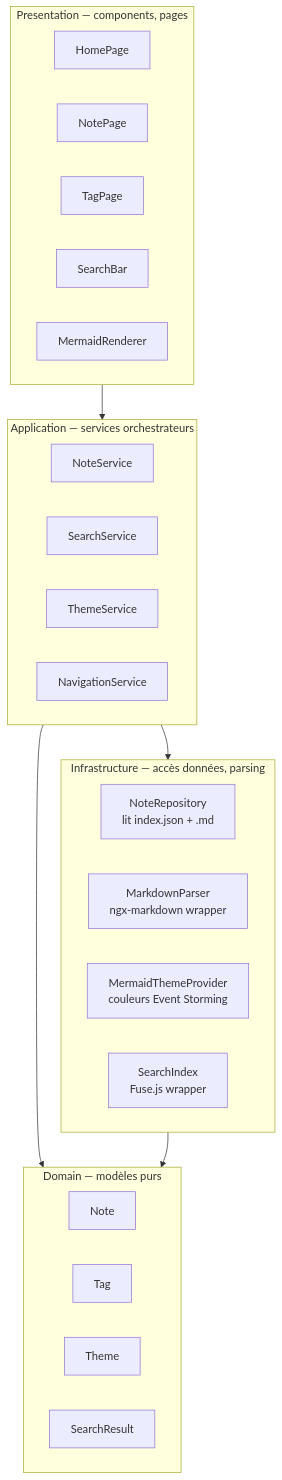
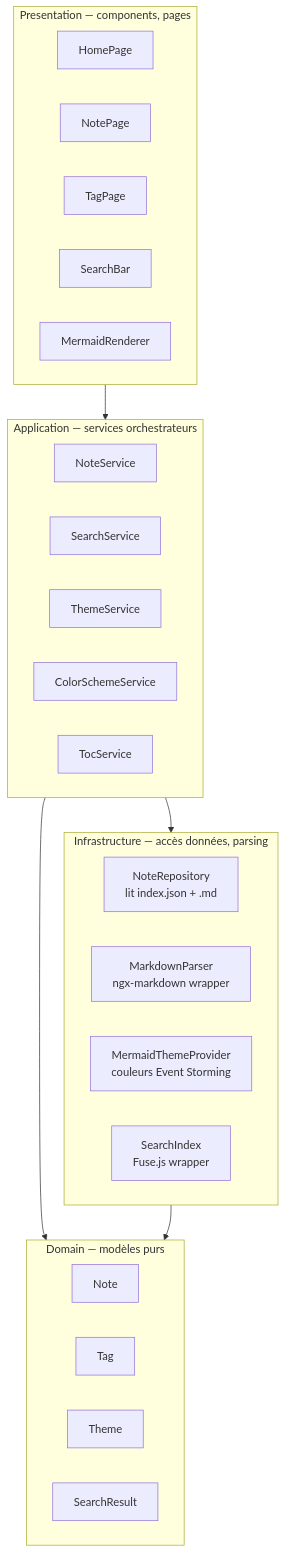
Before and after one commit to lolofx/devnotes-garden-app: the second of 4 diagrams in docs/ARCHITECTURE.md, drawn with Mermaid. The commit also changed other lines of this file and 23 other files, not shown here.

````diff
--- a/docs/ARCHITECTURE.md
+++ b/docs/ARCHITECTURE.md
@@ -40,36 +40,37 @@
 ```mermaid
 graph TB
   subgraph Presentation[Presentation — components, pages]
     P1[HomePage]
     P2[NotePage]
     P3[TagPage]
     P4[SearchBar]
     P5[MermaidRenderer]
   end
 
   subgraph Application[Application — services orchestrateurs]
     A1[NoteService]
     A2[SearchService]
     A3[ThemeService]
-    A4[NavigationService]
+    A4[ColorSchemeService]
+    A5[TocService]
   end
 
   subgraph Domain[Domain — modèles purs]
     D1[Note]
     D2[Tag]
     D3[Theme]
     D4[SearchResult]
   end
 
   subgraph Infrastructure[Infrastructure — accès données, parsing]
     I1[NoteRepository<br/>lit index.json + .md]
     I2[MarkdownParser<br/>ngx-markdown wrapper]
     I3[MermaidThemeProvider<br/>couleurs Event Storming]
     I4[SearchIndex<br/>Fuse.js wrapper]
   end
 
   Presentation --> Application
   Application --> Domain
   Application --> Infrastructure
   Infrastructure --> Domain
 ```
````
